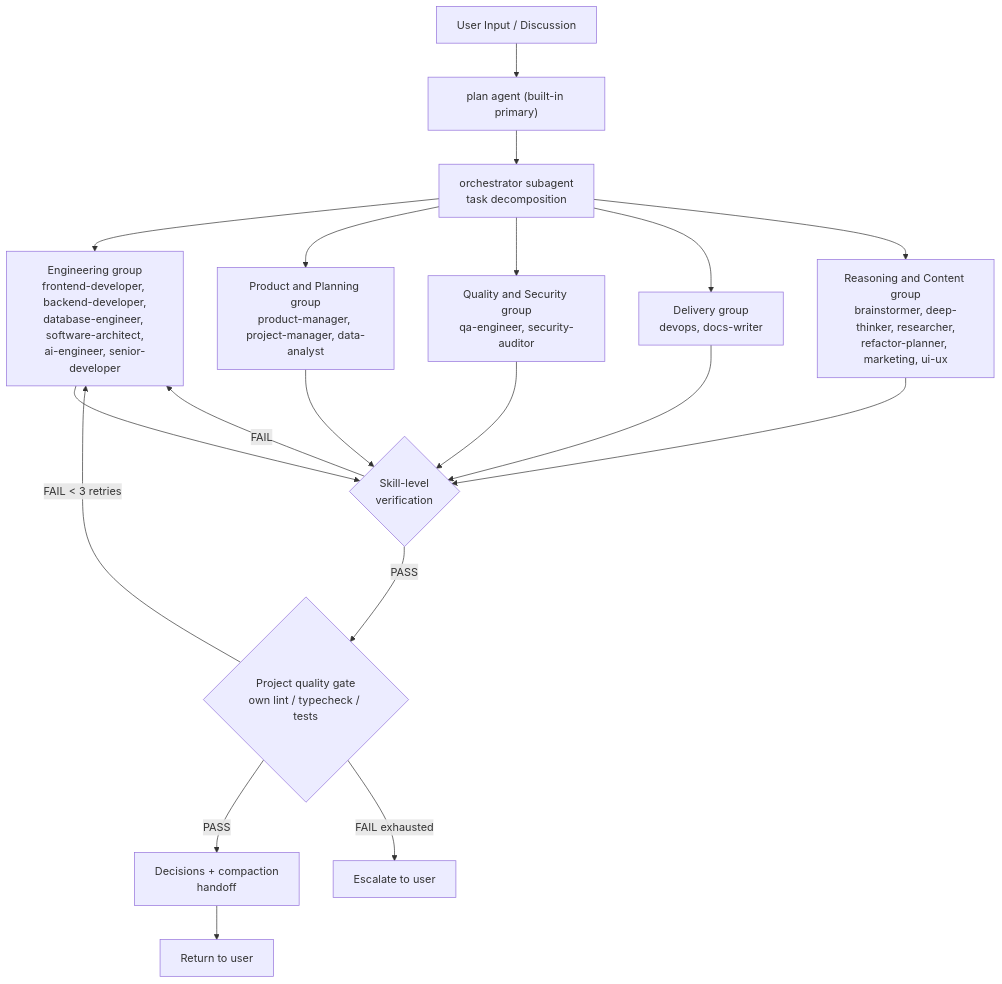
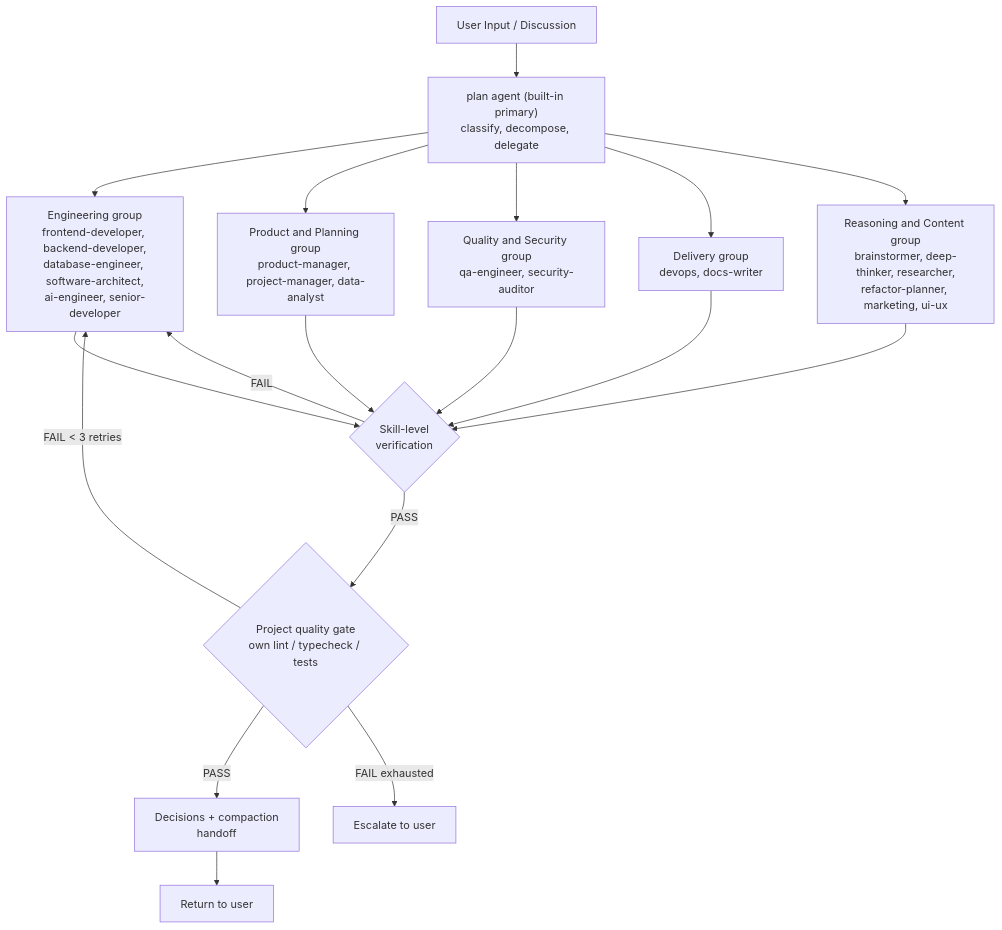
The first of 2 diagrams in ARCHITECTURE.md (thomiOmi/agent-skills), drawn with Mermaid before and after one commit. The commit also changed other lines of this file and 10 other files, not shown here.

````diff
--- a/ARCHITECTURE.md
+++ b/ARCHITECTURE.md
@@ -24,26 +24,25 @@
 ```mermaid
 flowchart TD
-    User["User Input / Discussion"] --> Plan["plan agent (built-in primary)"]
-    Plan --> Orchestrator["orchestrator subagent<br/>task decomposition"]
+    User["User Input / Discussion"] --> Plan["plan agent (built-in primary)<br/>classify, decompose, delegate"]
 
-    Orchestrator --> Eng["Engineering group<br/>frontend-developer, backend-developer,<br/>database-engineer, software-architect,<br/>ai-engineer, senior-developer"]
-    Orchestrator --> Prod["Product and Planning group<br/>product-manager, project-manager, data-analyst"]
-    Orchestrator --> QAG["Quality and Security group<br/>qa-engineer, security-auditor"]
-    Orchestrator --> Ops["Delivery group<br/>devops, docs-writer"]
-    Orchestrator --> Think["Reasoning and Content group<br/>brainstormer, deep-thinker, researcher,<br/>refactor-planner, marketing, ui-ux"]
+    Plan --> Eng["Engineering group<br/>frontend-developer, backend-developer,<br/>database-engineer, software-architect,<br/>ai-engineer, senior-developer"]
+    Plan --> Prod["Product and Planning group<br/>product-manager, project-manager, data-analyst"]
+    Plan --> QAG["Quality and Security group<br/>qa-engineer, security-auditor"]
+    Plan --> Ops["Delivery group<br/>devops, docs-writer"]
+    Plan --> Think["Reasoning and Content group<br/>brainstormer, deep-thinker, researcher,<br/>refactor-planner, marketing, ui-ux"]
 
     Eng --> SkillCheck{"Skill-level<br/>verification"}
     Prod --> SkillCheck
     QAG --> SkillCheck
     Ops --> SkillCheck
     Think --> SkillCheck
 
     SkillCheck -- PASS --> CentralCheck{"Project quality gate<br/>own lint / typecheck / tests"}
     SkillCheck -- FAIL --> Eng
 
     CentralCheck -- PASS --> Remember["Decisions + compaction<br/>handoff"]
     CentralCheck -- "FAIL &lt; 3 retries" --> Eng
     CentralCheck -- FAIL exhausted --> Escalate["Escalate to user"]
 
     Remember --> Return["Return to user"]
 ```
````
